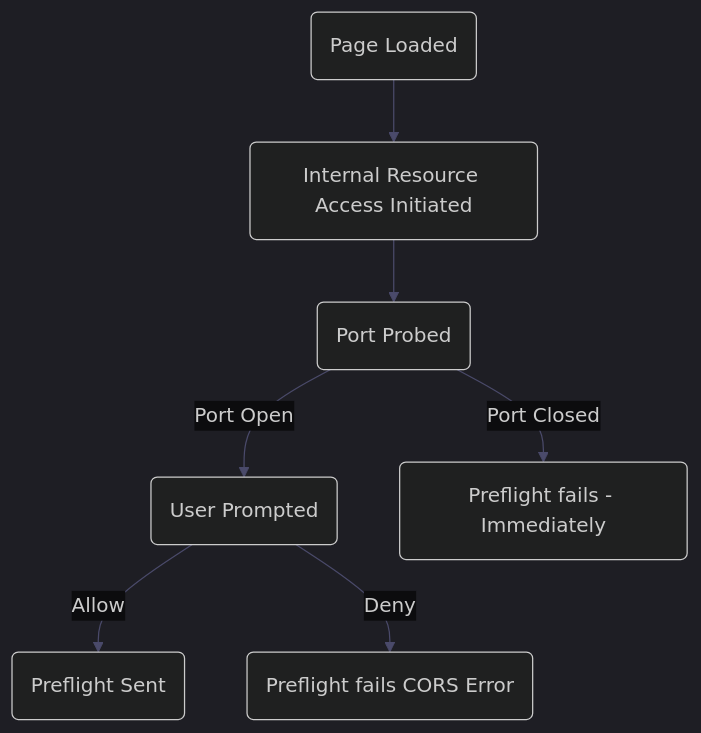
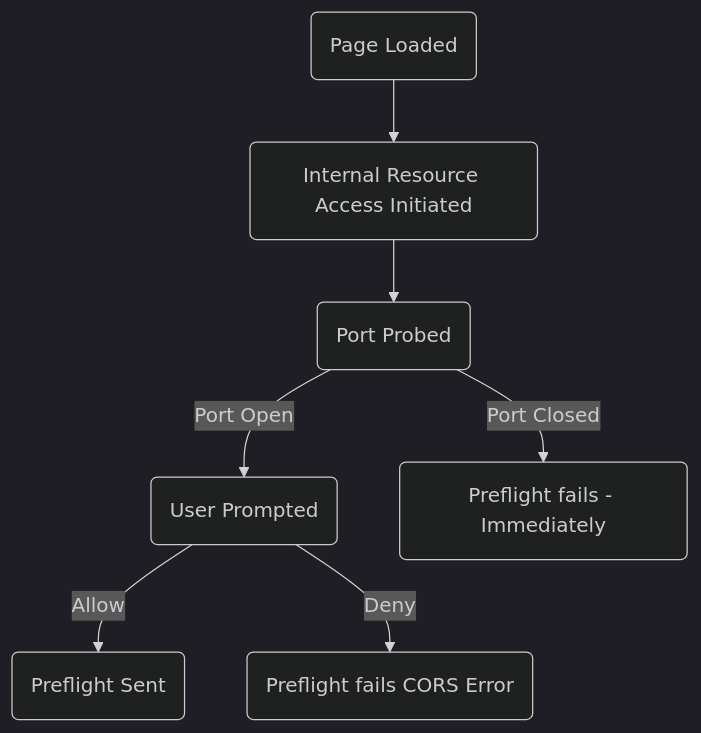
The diagram in _posts/2010-02-15-placeholder.md (notnotnotveg/notnotnotveg.github.io), drawn with Mermaid before and after one commit. The commit also changed other lines of this file, not shown here.

```diff
--- a/_posts/2010-02-15-placeholder.md
+++ b/_posts/2010-02-15-placeholder.md
@@ -529,10 +550,10 @@
-<div class="mermaid">
-%%{init: {'theme': 'dark', 'themeVariables': {'fontFamily': 'Share Tech, sans-serif', 'fontSize': '16px', 'primaryColor': '#111115', 'primaryBorderColor': '#444458', 'primaryTextColor': '#ffffff', 'lineColor': '#4a4a6a', 'edgeLabelBackground': '#0c0c0e', 'tertiaryColor': '#0c0c0e'}}}%%
+<div class="mermaid" style="min-width:500px;">
+%%{init: {'theme': 'dark', 'themeVariables': {'fontFamily': 'Share Tech, sans-serif', 'fontSize': '16px'}}}%%
 graph TD;
     id(Page Loaded) --> id1(Internal Resource Access Initiated)
     id1 --> id2(Port Probed)
     id2 -->|Port Open| id3(User Prompted)
     id2 -->|Port Closed| id4(Preflight fails - Immediately)
     id3 -->|Allow| id5(Preflight Sent)
     id3 -->|Deny| id6(Preflight fails CORS Error)
 </div>
```
